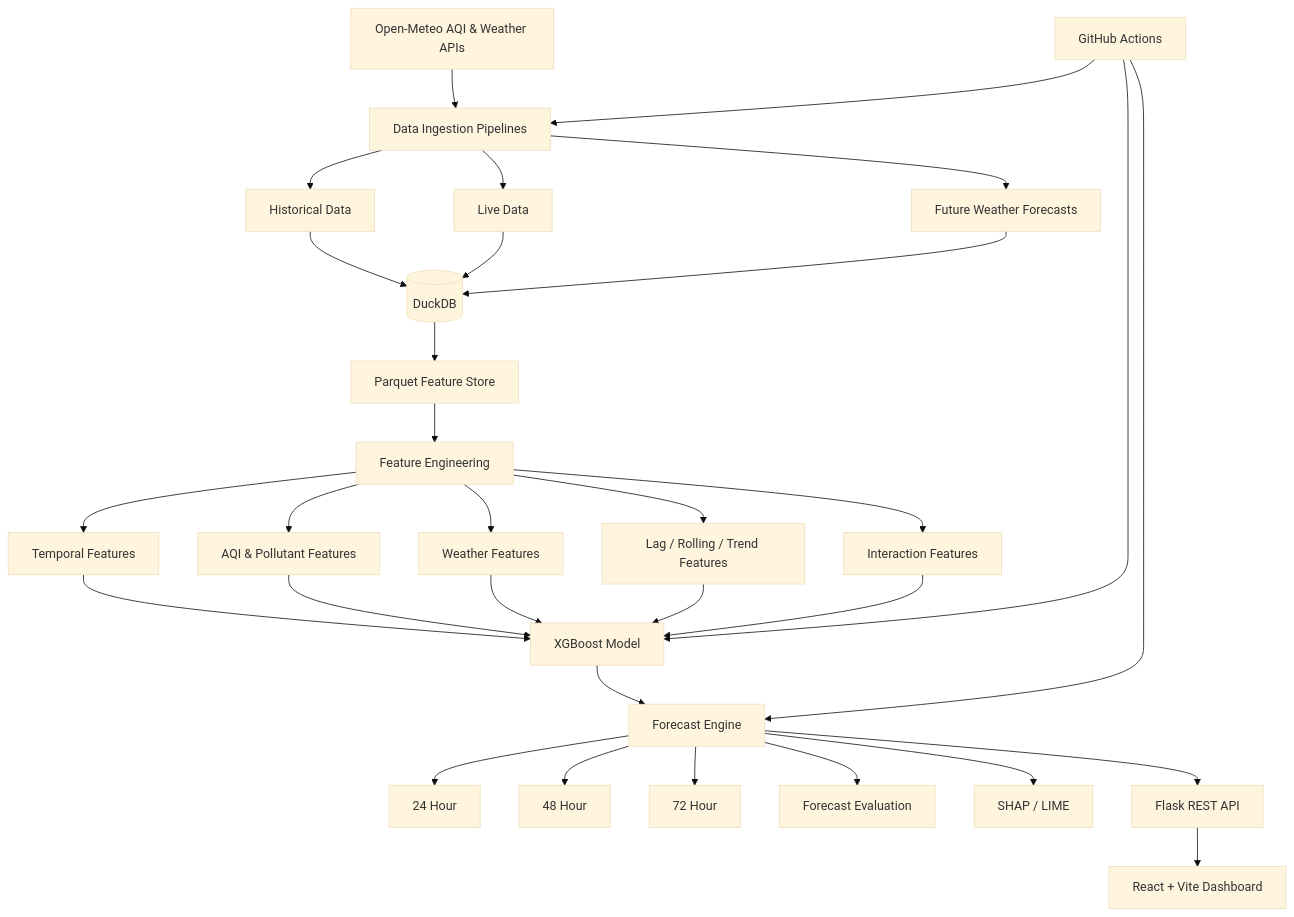
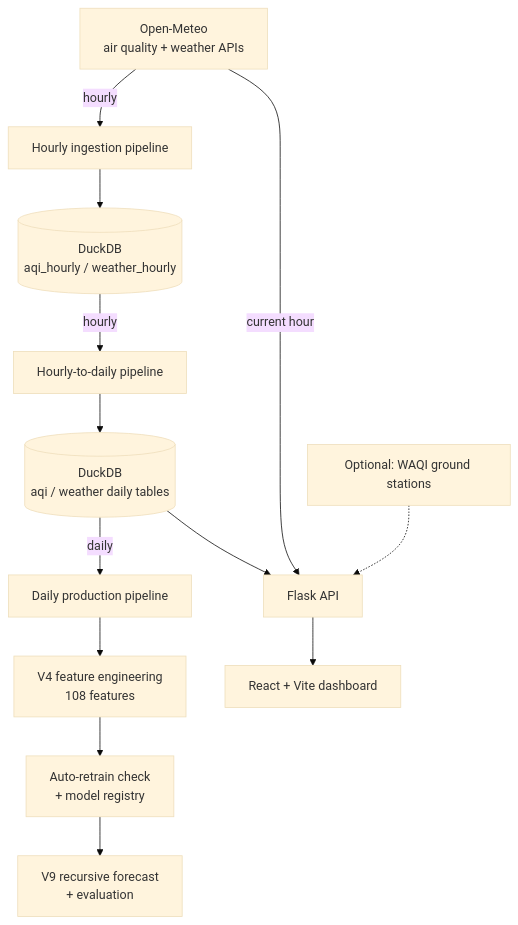
The diagram in README.md (VrdaRehman01/PEARLSAQI), drawn with Mermaid (base theme) before and after one commit. The commit also changed other lines of this file and 65 other files, not shown here.

````diff
--- a/README.md
+++ b/README.md
@@ -171,43 +134,17 @@
 ```mermaid
 flowchart TD
-    A[Open-Meteo AQI & Weather APIs] --> B[Data Ingestion Pipelines]
+    A[Open-Meteo<br/>air quality + weather APIs] -->|hourly| B[Hourly ingestion pipeline]
+    B --> C[(DuckDB<br/>aqi_hourly / weather_hourly)]
+    C -->|hourly| D[Hourly-to-daily pipeline]
+    D --> E[(DuckDB<br/>aqi / weather daily tables)]
 
-    B --> C[Historical Data]
-    B --> D[Live Data]
-    B --> E[Future Weather Forecasts]
+    E -->|daily| F[Daily production pipeline]
+    F --> G[V4 feature engineering<br/>108 features]
+    G --> H[Auto-retrain check<br/>+ model registry]
+    H --> I[V9 recursive forecast<br/>+ evaluation]
 
-    C --> F[(DuckDB)]
-    D --> F
-    E --> F
-
-    F --> G[Parquet Feature Store]
-
-    G --> H[Feature Engineering]
-    H --> I[Temporal Features]
-    H --> J[AQI & Pollutant Features]
-    H --> K[Weather Features]
-    H --> L[Lag / Rolling / Trend Features]
-    H --> M[Interaction Features]
-
-    I --> N[XGBoost Model]
-    J --> N
-    K --> N
-    L --> N
-    M --> N
-
-    N --> O[Forecast Engine]
-
-    O --> P[24 Hour]
-    O --> Q[48 Hour]
-    O --> R[72 Hour]
-
-    O --> S[Forecast Evaluation]
-    O --> T[SHAP / LIME]
-
-    O --> U[Flask REST API]
-    U --> V[React + Vite Dashboard]
-
-    W[GitHub Actions] --> B
-    W --> N
-    W --> O
+    E --> J[Flask API]
+    A -->|current hour| J
+    K[Optional: WAQI ground stations] -.-> J
+    J --> L[React + Vite dashboard]
 ```
````
